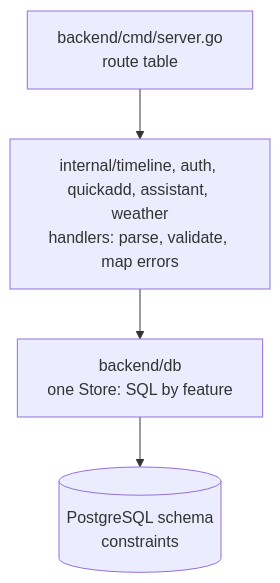
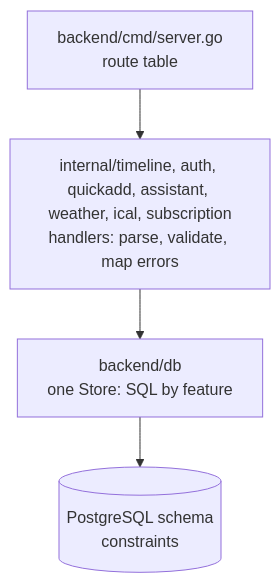
Before and after one commit to jonathan-skantz/jonska-calendar: the second of 3 diagrams in docs/architecture.md, drawn with Mermaid. The commit also changed other lines of this file and 9 other files, not shown here.

````diff
--- a/docs/architecture.md
+++ b/docs/architecture.md
@@ -32,9 +37,9 @@
 ```mermaid
 flowchart TD
     Route["backend/cmd/server.go<br/>route table"]
-    Handler["internal/timeline, auth, quickadd, assistant, weather<br/>handlers: parse, validate, map errors"]
+    Handler["internal/timeline, auth, quickadd, assistant, weather, ical, subscription<br/>handlers: parse, validate, map errors"]
     Store["backend/db<br/>one Store: SQL by feature"]
     Schema[("PostgreSQL schema<br/>constraints")]
 
     Route --> Handler --> Store --> Schema
 ```
````
